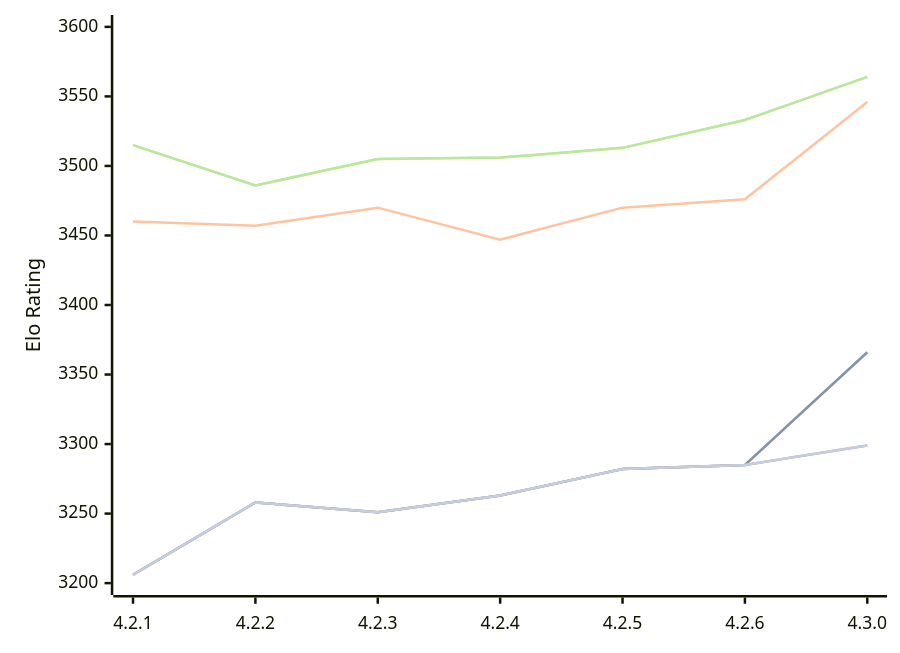
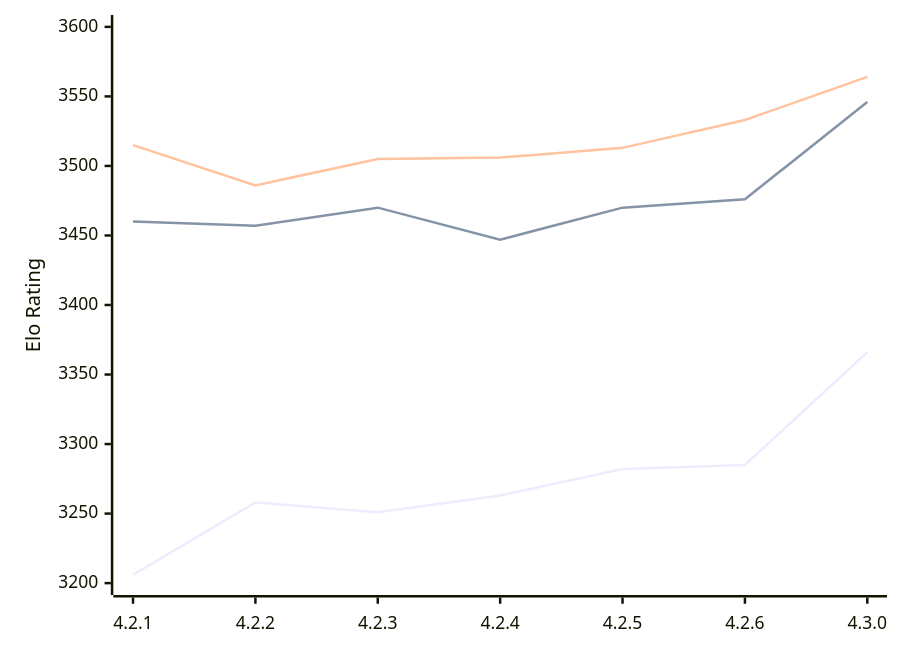
One commit to computer-chess-index/cci changed the second of 2 diagrams in engines/Gaia.md. Above: the diagram before and after it, drawn with Mermaid. The commit also changed other lines of this file, not shown here.

````diff
--- a/engines/Gaia.md
+++ b/engines/Gaia.md
@@ -54,13 +71,9 @@
 ```mermaid
 %%{init: {"theme":"base","themeVariables":{"seriesColors:['#a3a3a3','#222221','#faa371']}}}%%
 xychart-beta
   x-axis ["4.2.1", "4.2.2", "4.2.3", "4.2.4", "4.2.5", "4.2.6", "4.3.0"]
   y-axis "Elo Rating" 3200 --> 3600
-  line "" [3206, 3258, 3251, 3263, 3282, 3285, 3366]
   line "T1: STC (8.0+0.08s)" [3206, 3258, 3251, 3263, 3282, 3285, 3366]
   line "T1: LTC (60.0+0.60s)" [3460, 3457, 3470, 3447, 3470, 3476, 3546]
-  line "" [3515, 3486, 3505, 3506, 3513, 3533, 3564]
   line "T1: VLTC (2m24s+1.12s)" [3515, 3486, 3505, 3506, 3513, 3533, 3564]
-  line "" [3206, 3258, 3251, 3263, 3282, 3285,3299, 3421]
-  line "E1: STC (8.0+0.08s)" [3206, 3258, 3251, 3263, 3282, 3285,3299, 3421]
 ```
````
